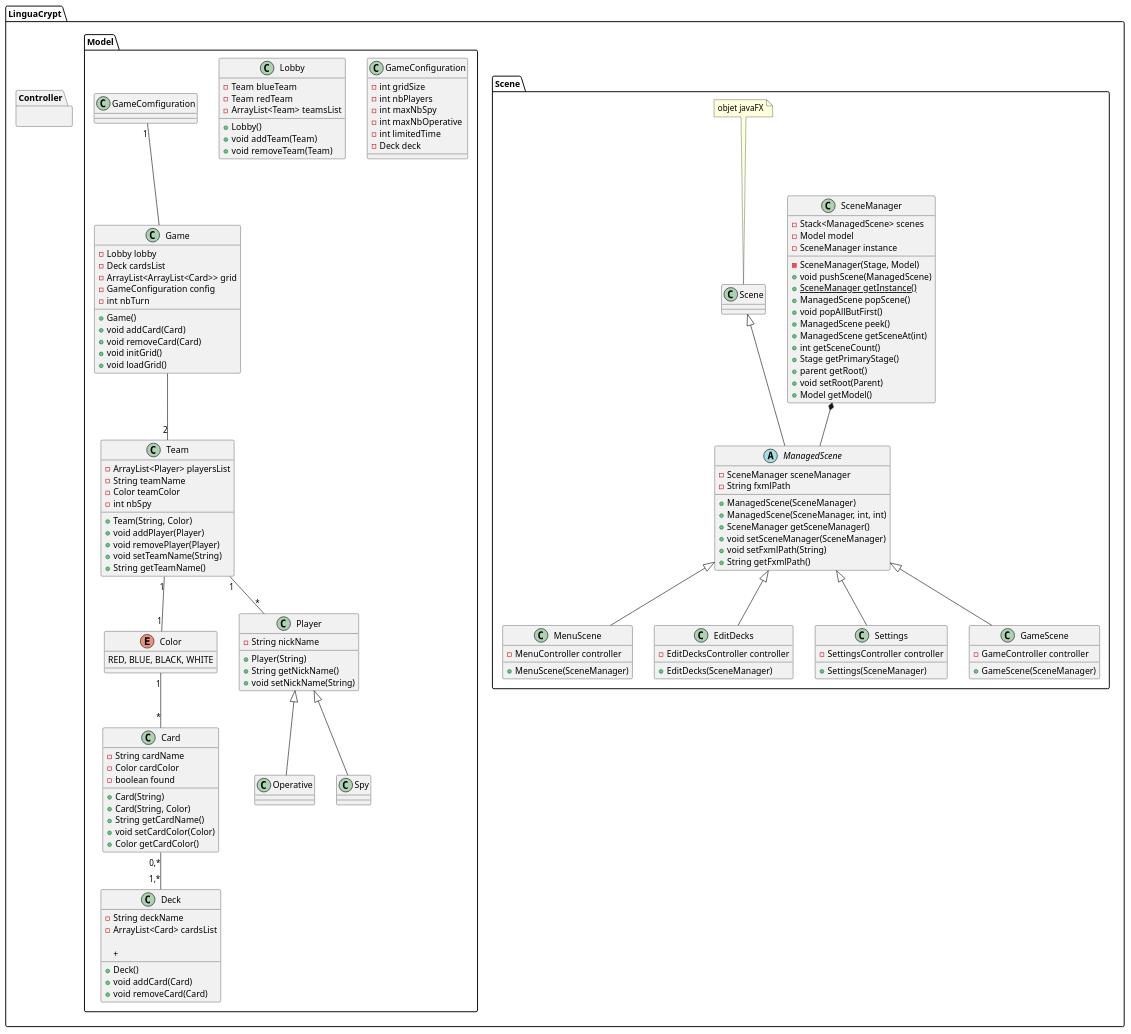
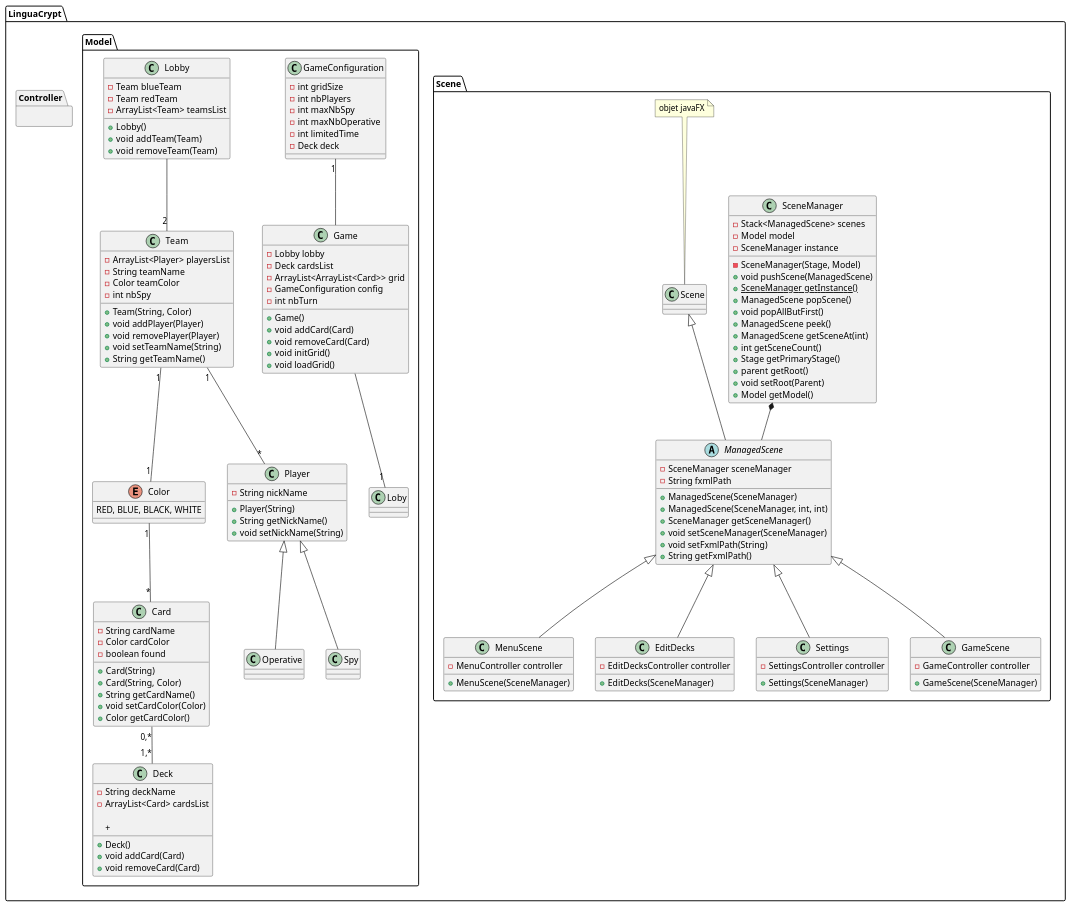
One commit to Esteban795/RetroNames changed the diagram in gdp/Diagramme_De_Classe/diag_d1.plantuml. Above: the diagram before and after it, drawn with PlantUML.

Commit message:
[~] added and fixed relations between classes

```diff
--- a/gdp/Diagramme_De_Classe/diag_d1.plantuml
+++ b/gdp/Diagramme_De_Classe/diag_d1.plantuml
@@ -3,171 +3,171 @@
 @startuml
 
 package LinguaCrypt{
     package LinguaCrypt.Scene{
         class SceneManager{
             - Stack<ManagedScene> scenes
             - Model model
             - SceneManager instance
 
             - SceneManager(Stage, Model)
             + void pushScene(ManagedScene)
             + {static} SceneManager getInstance()
             + ManagedScene popScene()
             + void popAllButFirst()
             + ManagedScene peek()
             + ManagedScene getSceneAt(int)
             + int getSceneCount()
             + Stage getPrimaryStage()
             + parent getRoot()
             + void setRoot(Parent)
             + Model getModel()
         }
 
         abstract class ManagedScene extends Scene {
             - SceneManager sceneManager
             - String fxmlPath
             
             + ManagedScene(SceneManager)
             + ManagedScene(SceneManager, int, int)
             + SceneManager getSceneManager()
             + void setSceneManager(SceneManager)
             + void setFxmlPath(String)
             + String getFxmlPath()
             ' get controller ?
         }
 
         class MenuScene extends ManagedScene {
             - MenuController controller
 
             + MenuScene(SceneManager)
         }
 
         class EditDecks extends ManagedScene {
             - EditDecksController controller
 
             + EditDecks(SceneManager)
         }
 
         class Settings extends ManagedScene {
             - SettingsController controller
 
             + Settings(SceneManager)
         }
 
         class GameScene extends ManagedScene {
             - GameController controller
 
             + GameScene(SceneManager)
         }
 
     note "objet javaFX" as N1
     N1 .. Scene
     SceneManager *-- ManagedScene
 
     }
 
     package LinguaCrypt.Controller{ 
         ' un controller par scè1ne 
     }
 
     package LinguaCrypt.Model{
         enum Color{
             RED, BLUE, BLACK, WHITE
         }
 
         class Operative extends Player{}
 
         class Spy extends Player{}
 
         class Player{
             - String nickName
 
             + Player(String)
             + String getNickName()
             + void setNickName(String)
         }
         
         class Team{
             - ArrayList<Player> playersList
             - String teamName
             - Color teamColor
             - int nbSpy
 
 
             + Team(String, Color)
             + void addPlayer(Player)
             + void removePlayer(Player)
             + void setTeamName(String)
             + String getTeamName()
         }
 
         class Card{
             - String cardName
             - Color cardColor
             - boolean found
 
             + Card(String)
             + Card(String, Color)
             + String getCardName()
             + void setCardColor(Color)
             + Color getCardColor()
 
         }
 
         class Deck{
             - String deckName
             - ArrayList<Card> cardsList
 
             + Deck()
             + void addCard(Card)
             + void removeCard(Card)
             + 
         }
 
         class GameConfiguration{
             - int gridSize
             - int nbPlayers
             - int maxNbSpy
             - int maxNbOperative 
             - int limitedTime /' -1 if time not limited  '/
             - Deck deck            
         }
 
         class Lobby{
             - Team blueTeam
             - Team redTeam
             - ArrayList<Team> teamsList
 
             + Lobby()
             + void addTeam(Team)
             + void removeTeam(Team)
         
         }
 
         class Game{
             - Lobby lobby
             - Deck cardsList
             - ArrayList<ArrayList<Card>> grid
             - GameConfiguration config
             - int nbTurn
             
             + Game()
             + void addCard(Card)
             + void removeCard(Card)
             + void initGrid()
             + void loadGrid()
         }
 
 
 
         Team "1"--"*" Player
         Team "1"--"1" Color
         Color "1"--"*" Card
         Card "0,*"--"1,*" Deck
-        GameComfiguration "1"-- Game
-        Game --"2" Team
-
+        GameConfiguration "1"-- Game
+        Game --"1" Loby
+        Lobby --"2" Team
     }
 }
 
 @enduml
```
